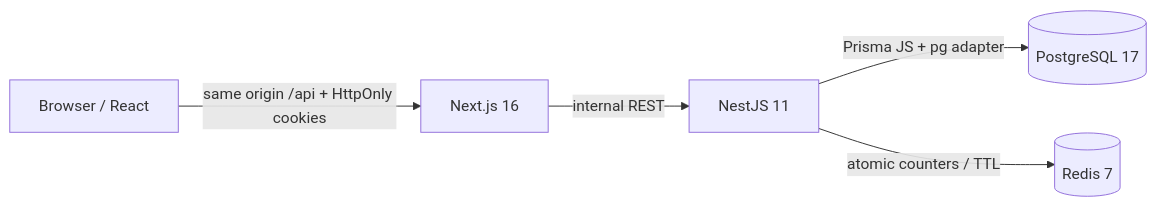
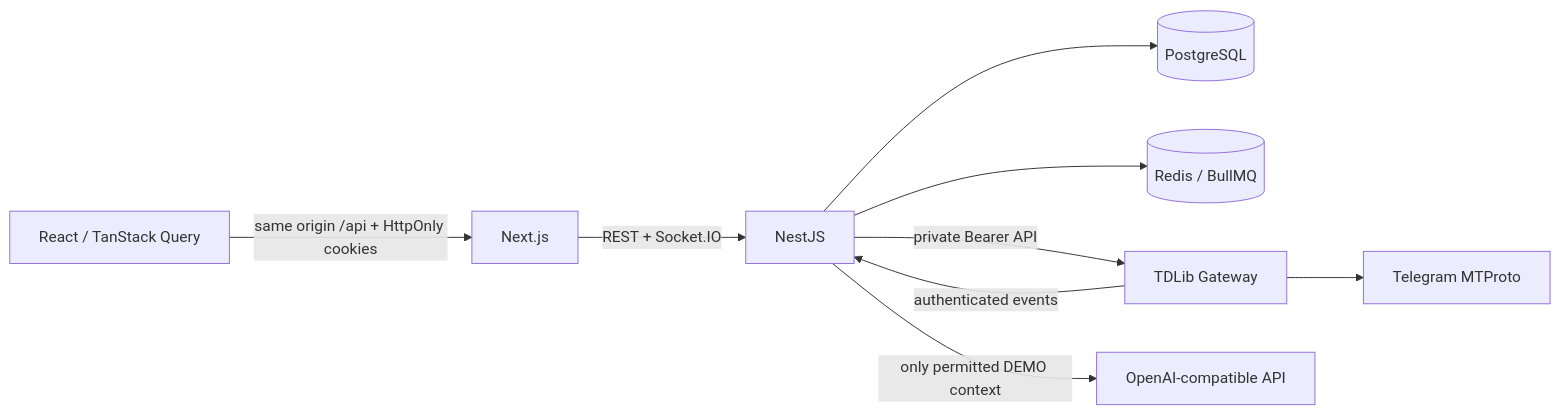
Before and after one commit to dz1nker/seller_assistant: the diagram in ARCHITECTURE.md, drawn with Mermaid. The commit also changed other lines of this file and 70 other files, not shown here.

Commit message:
feat: implement CRM MVP with TDLib gateway, AI assistance and reminders

````diff
--- a/ARCHITECTURE.md
+++ b/ARCHITECTURE.md
@@ -5,7 +3,11 @@
 ```mermaid
 flowchart LR
-  Browser[Browser / React] -->|same origin /api + HttpOnly cookies| Next[Next.js 16]
-  Next -->|internal REST| Nest[NestJS 11]
-  Nest -->|Prisma JS + pg adapter| PG[(PostgreSQL 17)]
-  Nest -->|atomic counters / TTL| Redis[(Redis 7)]
+  Browser[React / TanStack Query] -->|same origin /api + HttpOnly cookies| Next[Next.js]
+  Next -->|REST + Socket.IO| API[NestJS]
+  API --> PG[(PostgreSQL)]
+  API --> Redis[(Redis / BullMQ)]
+  API -->|private Bearer API| Gateway[TDLib Gateway]
+  Gateway --> Telegram[Telegram MTProto]
+  Gateway -->|authenticated events| API
+  API -->|only permitted DEMO context| LLM[OpenAI-compatible API]
 ```
````
